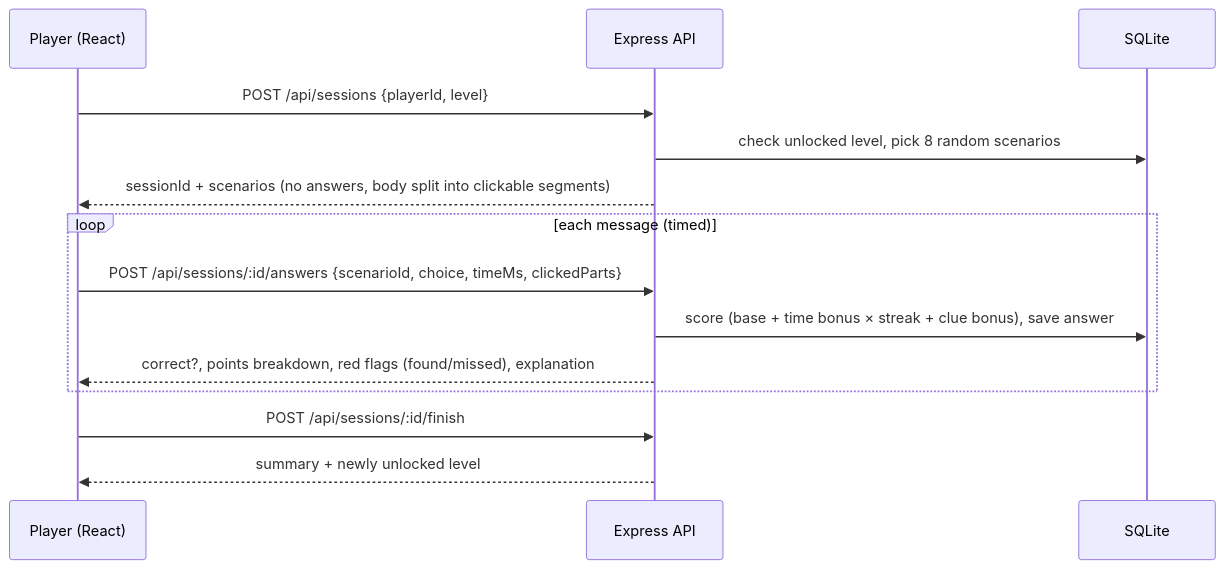
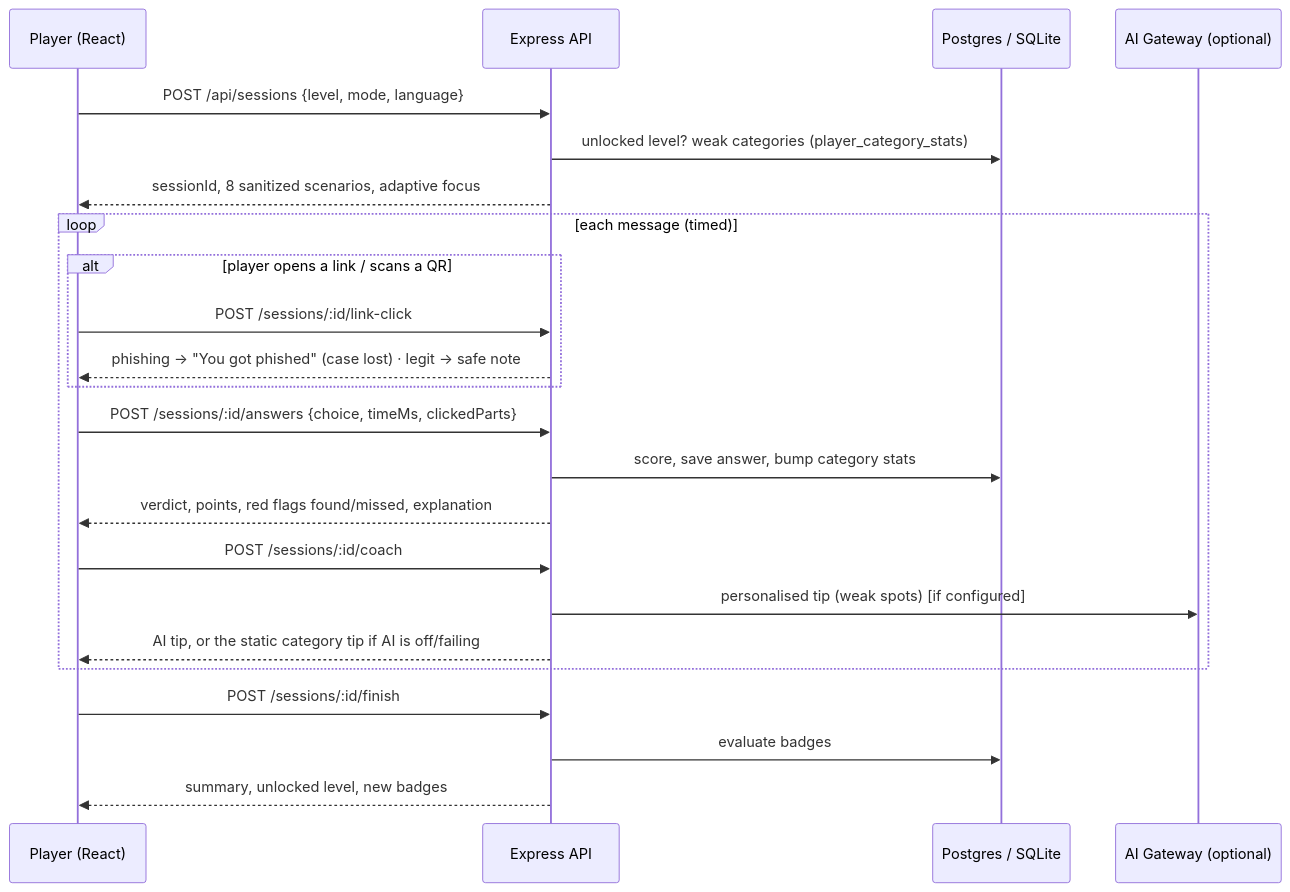
The second of 2 diagrams in docs/architecture.md (devA1drin/phishing-detective), drawn with Mermaid before and after one commit. The commit also changed other lines of this file and 37 other files, not shown here.

Commit message:
Docs: README, architecture, ERD and objective mapping for phases 1-5; new screenshot walkthrough

````diff
--- a/docs/architecture.md
+++ b/docs/architecture.md
@@ -43,16 +57,25 @@
 ```mermaid
 sequenceDiagram
   participant P as Player (React)
   participant API as Express API
-  participant DB as SQLite
-  P->>API: POST /api/sessions {playerId, level}
-  API->>DB: check unlocked level, pick 8 random scenarios
-  API-->>P: sessionId + scenarios (no answers, body split into clickable segments)
+  participant DB as Postgres / SQLite
+  participant AI as AI Gateway (optional)
+  P->>API: POST /api/sessions {level, mode, language}
+  API->>DB: unlocked level? weak categories (player_category_stats)
+  API-->>P: sessionId, 8 sanitized scenarios, adaptive focus
   loop each message (timed)
-    P->>API: POST /api/sessions/:id/answers {scenarioId, choice, timeMs, clickedParts}
-    API->>DB: score (base + time bonus × streak + clue bonus), save answer
-    API-->>P: correct?, points breakdown, red flags (found/missed), explanation
+    alt player opens a link / scans a QR
+      P->>API: POST /sessions/:id/link-click
+      API-->>P: phishing → "You got phished" (case lost) · legit → safe note
+    end
+    P->>API: POST /sessions/:id/answers {choice, timeMs, clickedParts}
+    API->>DB: score, save answer, bump category stats
+    API-->>P: verdict, points, red flags found/missed, explanation
+    P->>API: POST /sessions/:id/coach
+    API->>AI: personalised tip (weak spots) [if configured]
+    API-->>P: AI tip, or the static category tip if AI is off/failing
   end
-  P->>API: POST /api/sessions/:id/finish
-  API-->>P: summary + newly unlocked level
+  P->>API: POST /sessions/:id/finish
+  API->>DB: evaluate badges
+  API-->>P: summary, unlocked level, new badges
 ```
````
